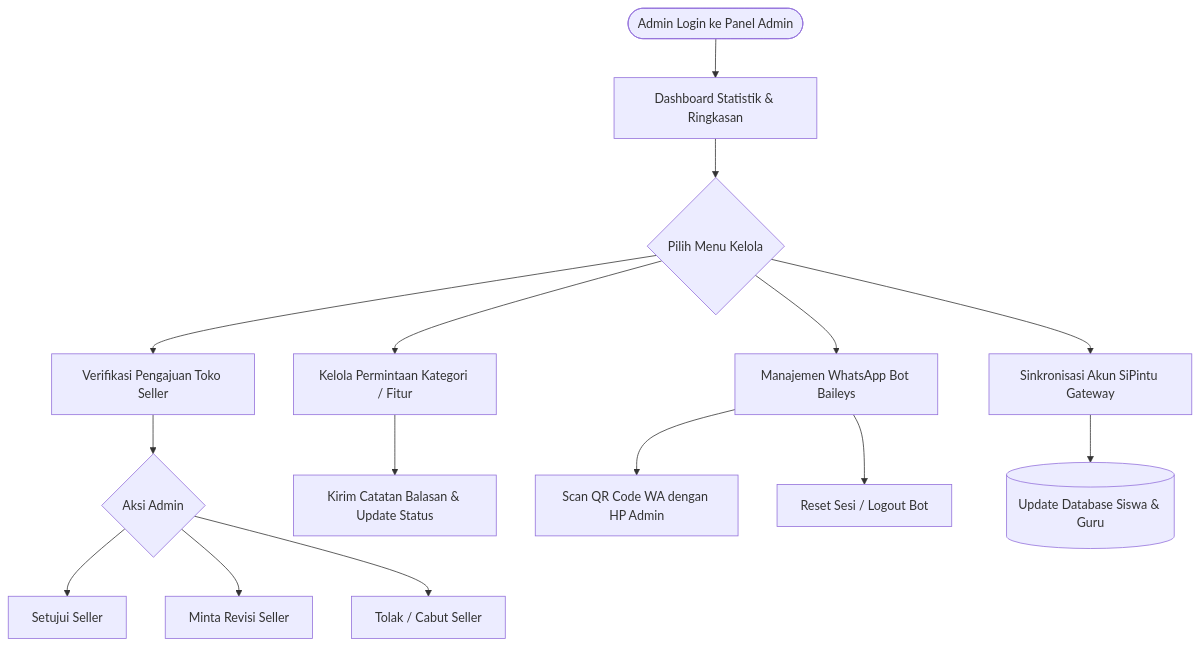
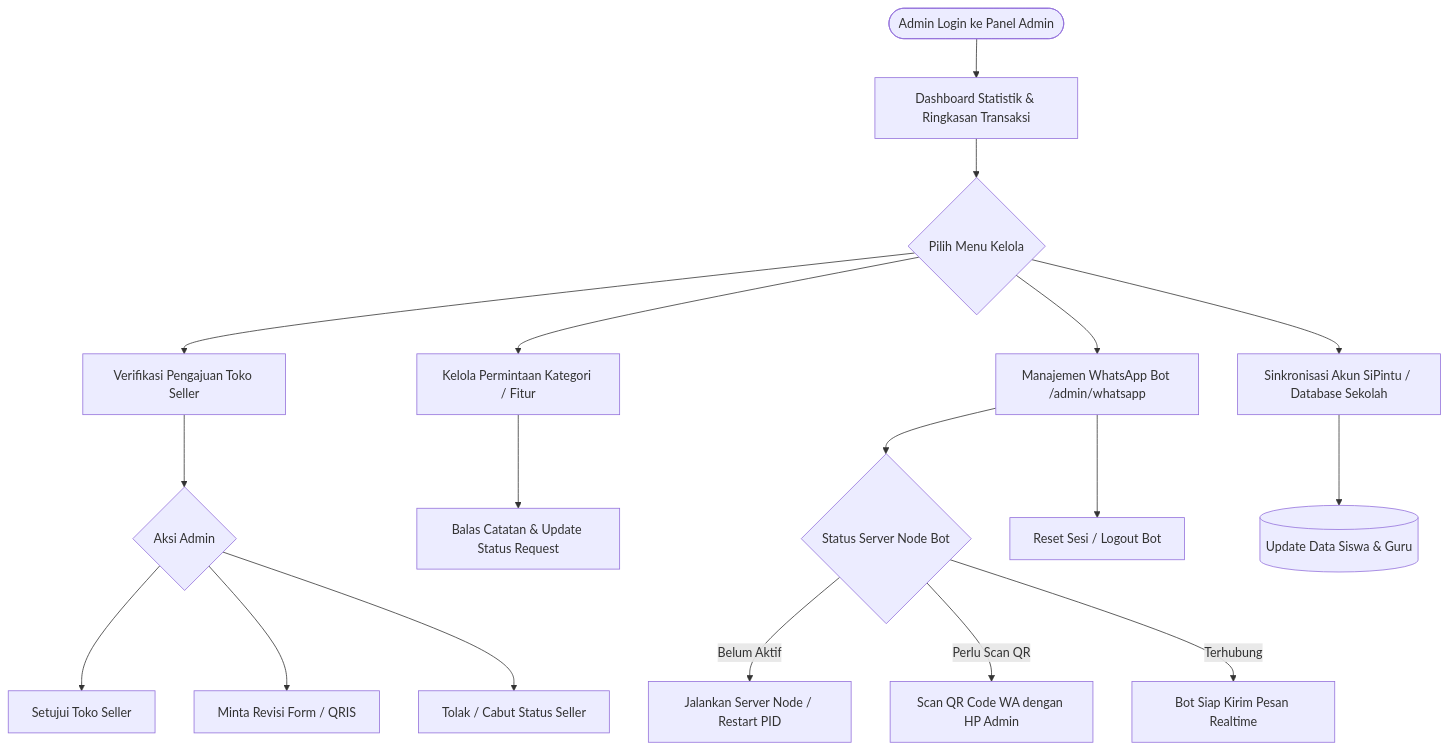
Before and after one commit to Z-Forz/Eskasaba_Marketplace: the fourth of 6 diagrams in FLOWCHART_USERS _ESKAMART.md, drawn with Mermaid. The commit also changed other lines of this file and 22 other files, not shown here.

````diff
--- a/FLOWCHART_USERS _ESKAMART.md
+++ b/FLOWCHART_USERS _ESKAMART.md
@@ -145,22 +190,25 @@
 ```mermaid
 flowchart TD
-    StartAdmin([Admin Login ke Panel Admin]) --> AdminDashboard[Dashboard Statistik & Ringkasan]
+    StartAdmin([Admin Login ke Panel Admin]) --> AdminDashboard[Dashboard Statistik & Ringkasan Transaksi]
     
     AdminDashboard --> AdminMenu{Pilih Menu Kelola}
     
     AdminMenu --> VerifSellers[Verifikasi Pengajuan Toko Seller]
     VerifSellers --> ActionVerif{Aksi Admin}
-    ActionVerif --> ApproveSeller[Setujui Seller]
-    ActionVerif --> ReviseSeller[Minta Revisi Seller]
-    ActionVerif --> RejectSeller[Tolak / Cabut Seller]
+    ActionVerif --> ApproveSeller[Setujui Toko Seller]
+    ActionVerif --> ReviseSeller[Minta Revisi Form / QRIS]
+    ActionVerif --> RejectSeller[Tolak / Cabut Status Seller]
     
     AdminMenu --> ManageRequests[Kelola Permintaan Kategori / Fitur]
-    ManageRequests --> RespondReq[Kirim Catatan Balasan & Update Status]
+    ManageRequests --> RespondReq[Balas Catatan & Update Status Request]
     
-    AdminMenu --> WABotManager[Manajemen WhatsApp Bot Baileys]
-    WABotManager --> ScanQR[Scan QR Code WA dengan HP Admin]
+    AdminMenu --> WABotManager[Manajemen WhatsApp Bot /admin/whatsapp]
+    WABotManager --> CheckBotState{Status Server Node Bot}
+    CheckBotState -- Belum Aktif --> StartNodeProc[Jalankan Server Node / Restart PID]
+    CheckBotState -- Perlu Scan QR --> ScanQR[Scan QR Code WA dengan HP Admin]
+    CheckBotState -- Terhubung --> ActiveBot[Bot Siap Kirim Pesan Realtime]
     WABotManager --> ResetSession[Reset Sesi / Logout Bot]
     
-    AdminMenu --> SyncUser[Sinkronisasi Akun SiPintu Gateway]
-    SyncUser --> FetchSiPintu[(Update Database Siswa & Guru)]
+    AdminMenu --> SyncUser[Sinkronisasi Akun SiPintu / Database Sekolah]
+    SyncUser --> FetchSiPintu[(Update Data Siswa & Guru)]
 ```
````
